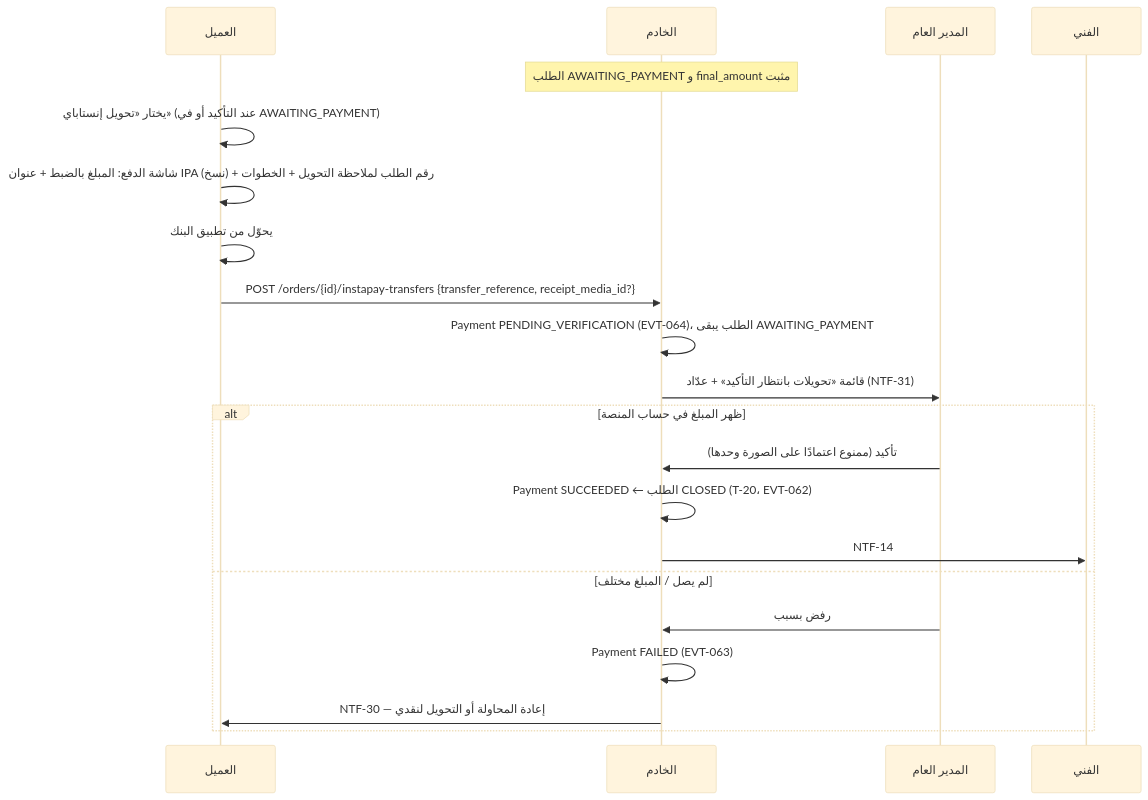
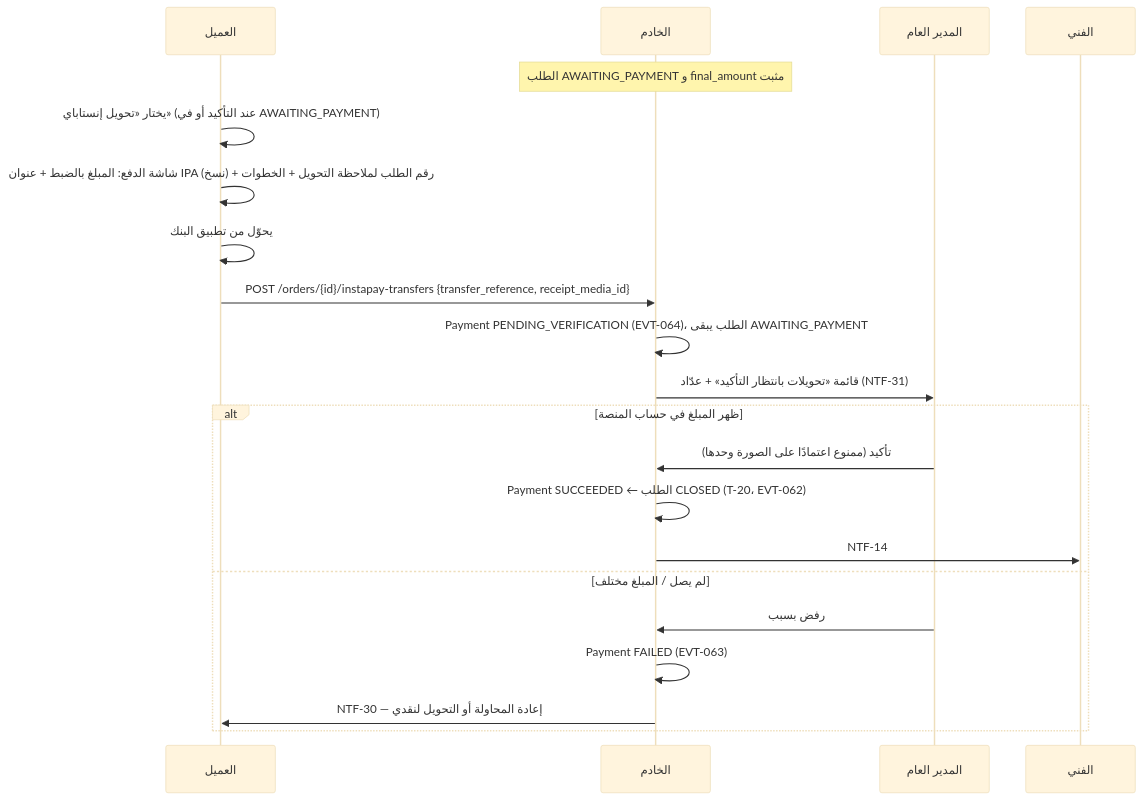
Before and after one commit to ma7modGamel/bzr.noox.test: the second of 3 diagrams in docs/19-PAYMENT-FLOW.md, drawn with Mermaid (base theme). The commit also changed other lines of this file and 2818 other files, not shown here.

````diff
--- a/docs/19-PAYMENT-FLOW.md
+++ b/docs/19-PAYMENT-FLOW.md
@@ -46,23 +46,23 @@
 ```mermaid
 sequenceDiagram
   participant C as العميل
   participant A as الخادم
   participant M as المدير العام
   participant P as الفني
   Note over A: الطلب AWAITING_PAYMENT و final_amount مثبت
   C->>C: يختار «تحويل إنستاباي» (عند التأكيد أو في AWAITING_PAYMENT)
   C->>C: شاشة الدفع: المبلغ بالضبط + عنوان IPA (نسخ) + رقم الطلب لملاحظة التحويل + الخطوات
   C->>C: يحوّل من تطبيق البنك
-  C->>A: POST /orders/{id}/instapay-transfers {transfer_reference, receipt_media_id?}
+  C->>A: POST /orders/{id}/instapay-transfers {transfer_reference, receipt_media_id}
   A->>A: Payment PENDING_VERIFICATION (EVT-064)، الطلب يبقى AWAITING_PAYMENT
   A->>M: قائمة «تحويلات بانتظار التأكيد» + عدّاد (NTF-31)
   alt ظهر المبلغ في حساب المنصة
     M->>A: تأكيد (ممنوع اعتمادًا على الصورة وحدها)
     A->>A: Payment SUCCEEDED ← الطلب CLOSED (T-20، EVT-062)
     A->>P: NTF-14
   else لم يصل / المبلغ مختلف
     M->>A: رفض بسبب
     A->>A: Payment FAILED (EVT-063)
     A->>C: NTF-30 — إعادة المحاولة أو التحويل لنقدي
   end
 ```
````
